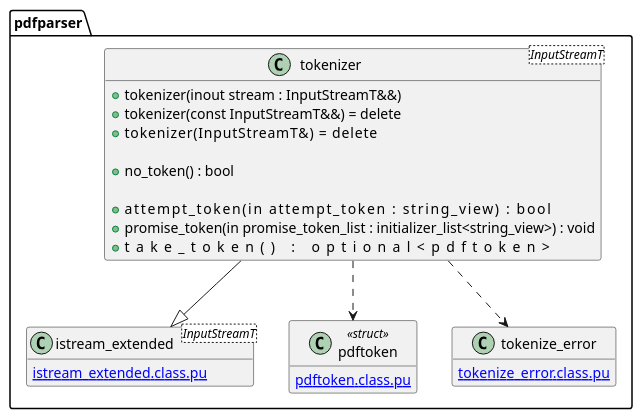
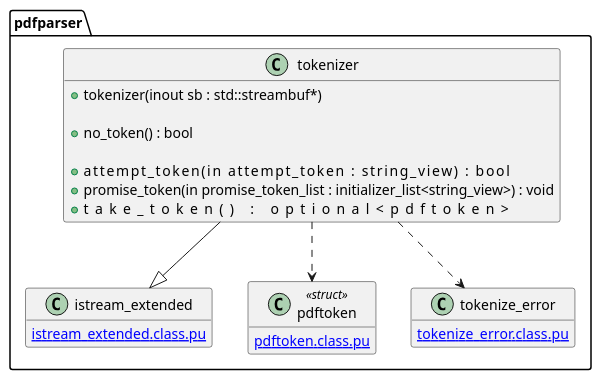
Before and after one commit to KodaiYM/PDFReader: the diagram in document/document_reader/object_parser/tokenizer/tokenizer.class.pu, drawn with PlantUML. The commit also changed 20 other files, not shown here.

Commit message:
ipdfstream と std::istream の間を継承関係で設計し直した

```diff
--- a/document/document_reader/object_parser/tokenizer/tokenizer.class.pu
+++ b/document/document_reader/object_parser/tokenizer/tokenizer.class.pu
@@ -1,29 +1,27 @@
 @startuml tokenizer
 hide empty members
 namespace pdfparser {
-class tokenizer<InputStreamT> {
-	+tokenizer(inout stream : InputStreamT&&)
-	+tokenizer(const InputStreamT&&) = delete
-	+tokenizer(InputStreamT&)        = delete
+class tokenizer {
+	+tokenizer(inout sb : std::streambuf*)
 
 	+no_token() : bool
 
 	+attempt_token(in attempt_token : string_view)                        : bool
 	+promise_token(in promise_token_list : initializer_list<string_view>) : void
 	+take_token()                                                         : optional<pdftoken>
 }
 tokenizer --|> istream_extended
 tokenizer ..> pdftoken
 tokenizer ..> tokenize_error
 
-class istream_extended<InputStreamT> {
+class istream_extended {
 	[[istream_extended.class.pu]]
 }
 class pdftoken <<struct>> {
 	[[pdftoken.class.pu]]
 }
 class tokenize_error {
 	[[tokenize_error.class.pu]]
 }
 }
 @enduml
```
